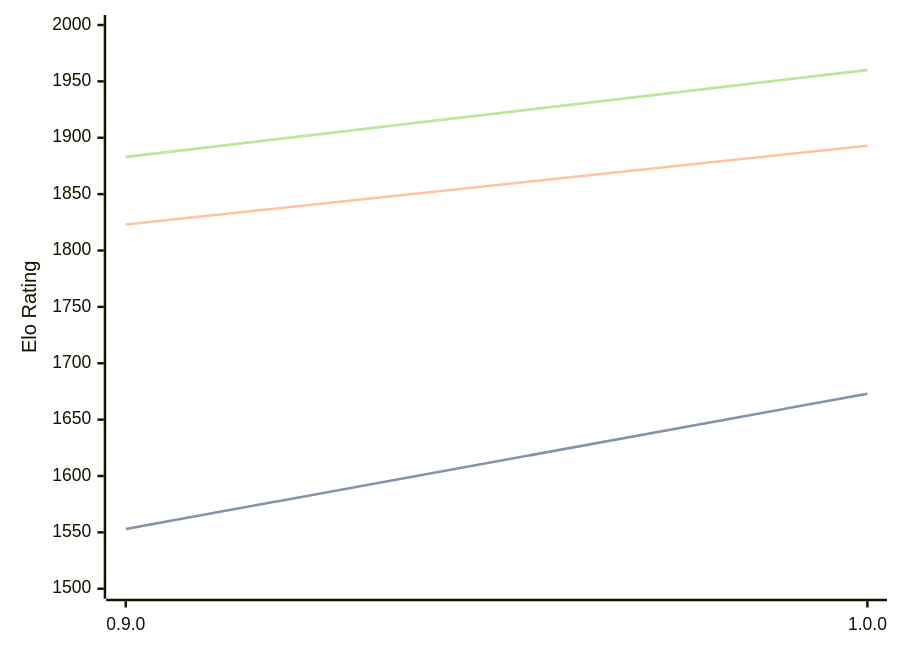
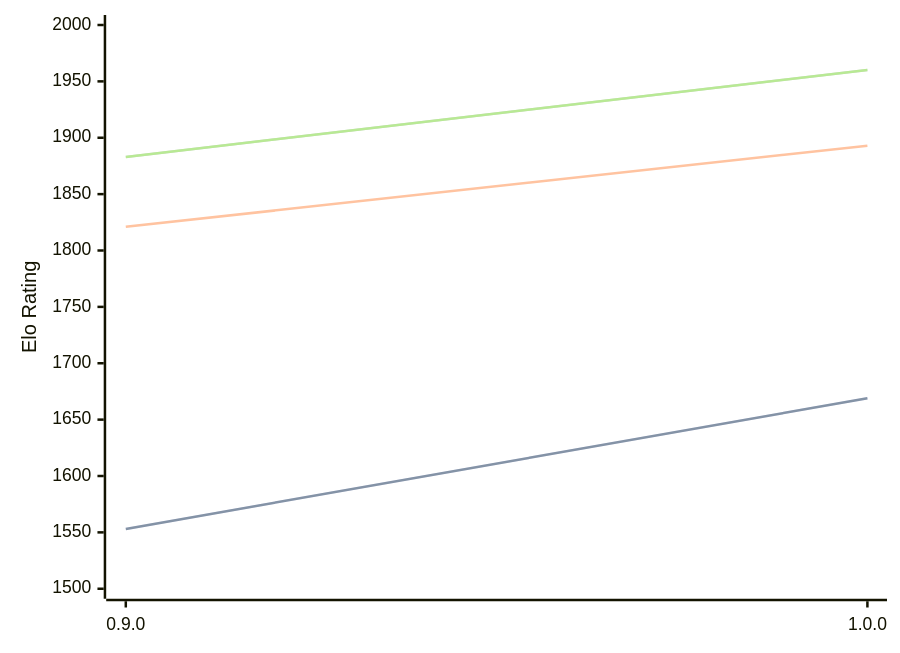
One commit to computer-chess-index/cci changed the diagram in engines/Ratsu.md. Above: the diagram before and after it, drawn with Mermaid. The commit also changed other lines of this file, not shown here.

Commit message:
Update CCI Ratings (ELO VLTC) - 2026-03-24

````diff
--- a/engines/Ratsu.md
+++ b/engines/Ratsu.md
@@ -32,11 +32,11 @@
 ```mermaid
 %%{init: {"theme":"base","themeVariables":{"seriesColors:['#a3a3a3','#222221','#faa371']}}}%%
 xychart-beta
   x-axis ["0.9.0", "1.0.0"]
   y-axis "Elo Rating" 1500 --> 2000
-  line "STC (8.0+0.08s)" [1553, 1673]
-  line "STC (8.0+0.08s)" [1553, 1673]
-  line "LTC (60.0+0.60s)" [1823, 1893]
+  line "STC (8.0+0.08s)" [1553, 1669]
+  line "STC (8.0+0.08s)" [1553, 1669]
+  line "LTC (60.0+0.60s)" [1821, 1893]
   line "VLTC (2m24s+1.12s)" [1883, 1960]
   line "VLTC (2m24s+1.12s)" [1883, 1960]
 ```
````
